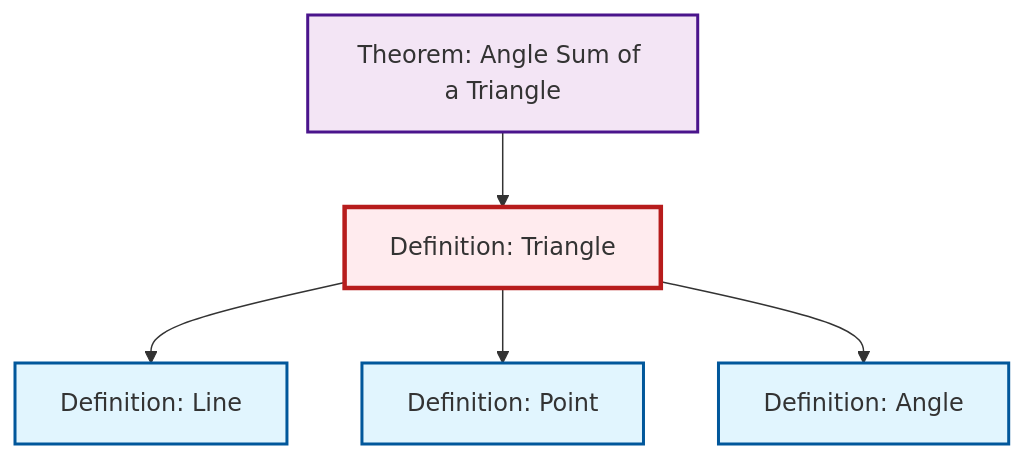
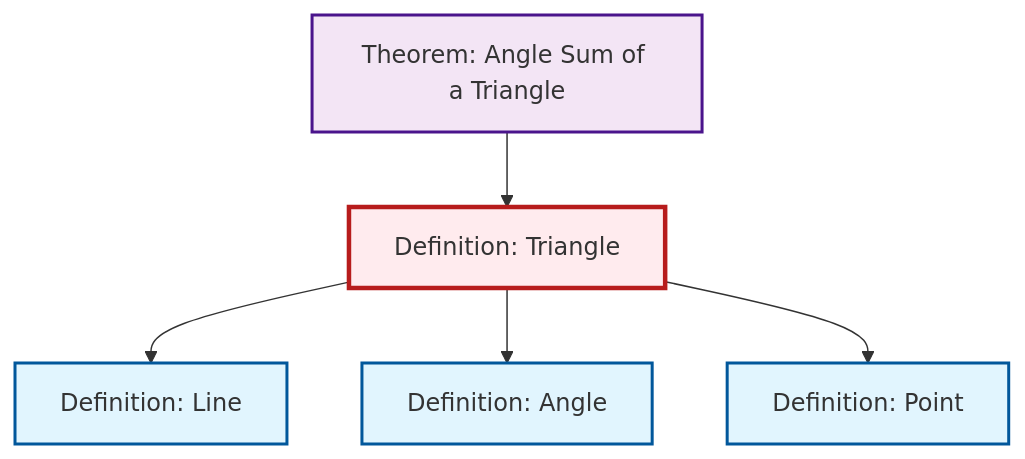
The diagram in content/ja/geometry/def-triangle.qmd (RK0429/ModernMath), drawn with Mermaid before and after one commit. The commit also changed other lines of this file and 491 other files, not shown here.

````diff
--- a/content/ja/geometry/def-triangle.qmd
+++ b/content/ja/geometry/def-triangle.qmd
@@ -60,23 +60,23 @@
 ```{mermaid}
 %%| fig-cap: "Local dependency graph"
 graph TD
     classDef definition fill:#e1f5fe,stroke:#01579b,stroke-width:2px
     classDef theorem fill:#f3e5f5,stroke:#4a148c,stroke-width:2px
     classDef axiom fill:#fff3e0,stroke:#e65100,stroke-width:2px
     classDef example fill:#e8f5e9,stroke:#1b5e20,stroke-width:2px
     classDef current fill:#ffebee,stroke:#b71c1c,stroke-width:3px
+    def-point["Definition: Point"]:::definition
     def-line["Definition: Line"]:::definition
-    def-triangle["Definition: Triangle"]:::definition
     thm-angle-sum-triangle["Theorem: Angle Sum of a Triangle"]:::theorem
     def-angle["Definition: Angle"]:::definition
-    def-point["Definition: Point"]:::definition
+    def-triangle["Definition: Triangle"]:::definition
     def-triangle --> def-line
+    def-triangle --> def-angle
     thm-angle-sum-triangle --> def-triangle
     def-triangle --> def-point
-    def-triangle --> def-angle
     class def-triangle current
+    click def-point "def-point.html" "Definition: Pointへ"
     click def-line "def-line.html" "Definition: Lineへ"
     click thm-angle-sum-triangle "thm-angle-sum-triangle.html" "Theorem: Angle Sum of a Triangleへ"
     click def-angle "def-angle.html" "Definition: Angleへ"
-    click def-point "def-point.html" "Definition: Pointへ"
 ```
````
